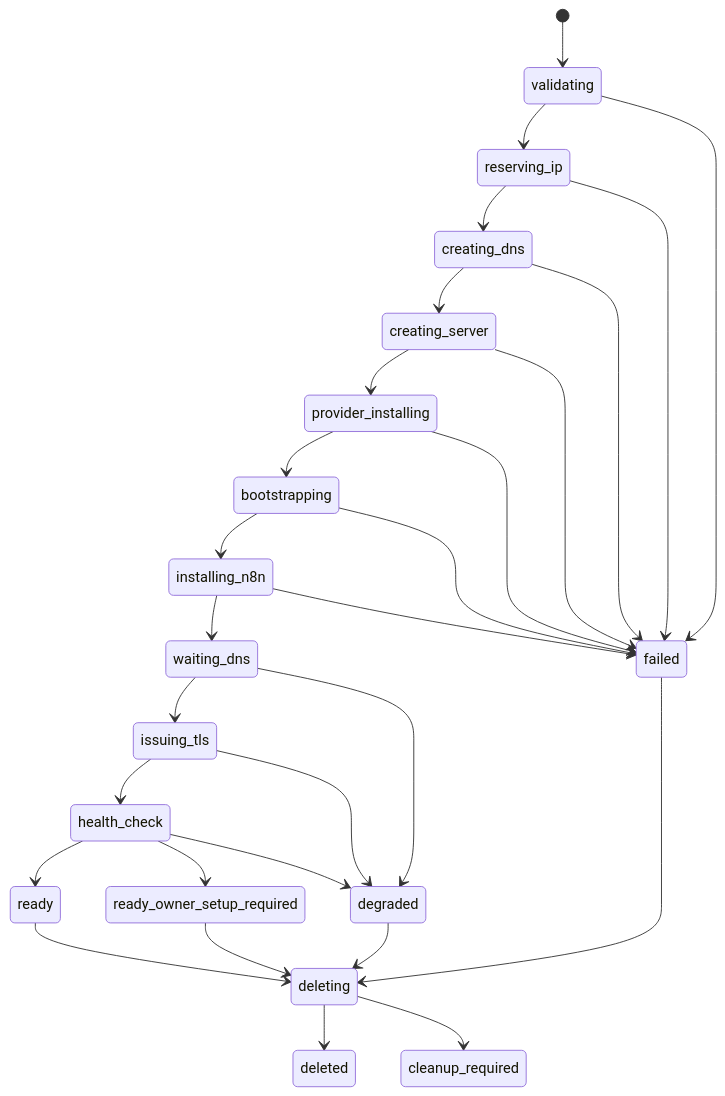
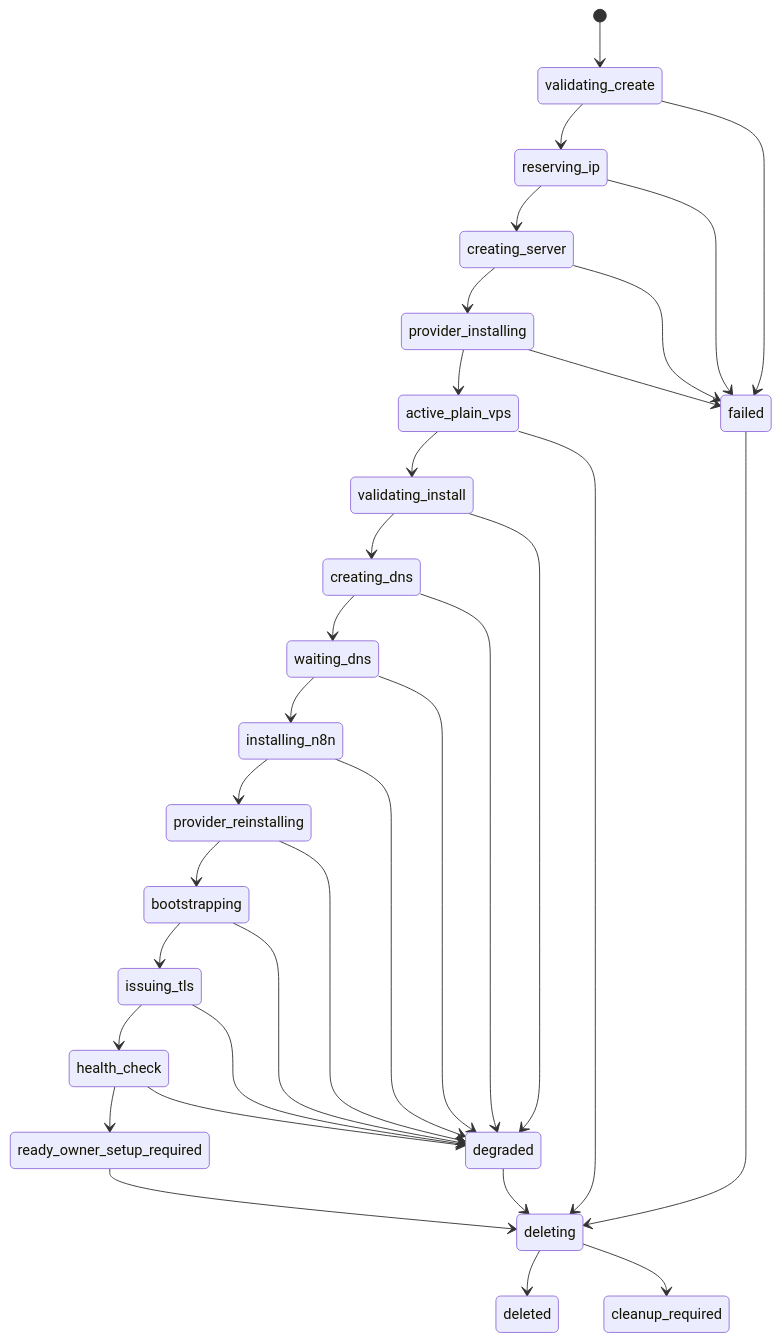
The first of 2 diagrams in docs/course-platform-requirements.md (marcusaure1ius/alfa-ai-course), drawn with Mermaid before and after one commit. The commit also changed other lines of this file and 28 other files, not shown here.

````diff
--- a/docs/course-platform-requirements.md
+++ b/docs/course-platform-requirements.md
@@ -391,31 +391,35 @@
 ```mermaid
 stateDiagram-v2
-  [*] --> validating
-  validating --> reserving_ip
-  reserving_ip --> creating_dns
-  creating_dns --> creating_server
+  [*] --> validating_create
+  validating_create --> reserving_ip
+  reserving_ip --> creating_server
   creating_server --> provider_installing
-  provider_installing --> bootstrapping
-  bootstrapping --> installing_n8n
-  installing_n8n --> waiting_dns
-  waiting_dns --> issuing_tls
+  provider_installing --> active_plain_vps
+  active_plain_vps --> validating_install
+  validating_install --> creating_dns
+  creating_dns --> waiting_dns
+  waiting_dns --> installing_n8n
+  installing_n8n --> provider_reinstalling
+  provider_reinstalling --> bootstrapping
+  bootstrapping --> issuing_tls
   issuing_tls --> health_check
-  health_check --> ready
   health_check --> ready_owner_setup_required
-  validating --> failed
+  validating_create --> failed
+  validating_install --> degraded
   reserving_ip --> failed
-  creating_dns --> failed
+  creating_dns --> degraded
   creating_server --> failed
   provider_installing --> failed
-  bootstrapping --> failed
-  installing_n8n --> failed
+  provider_reinstalling --> degraded
+  bootstrapping --> degraded
+  installing_n8n --> degraded
   waiting_dns --> degraded
   issuing_tls --> degraded
   health_check --> degraded
-  ready --> deleting
+  active_plain_vps --> deleting
   ready_owner_setup_required --> deleting
   degraded --> deleting
   failed --> deleting
   deleting --> deleted
   deleting --> cleanup_required
 ```
````
